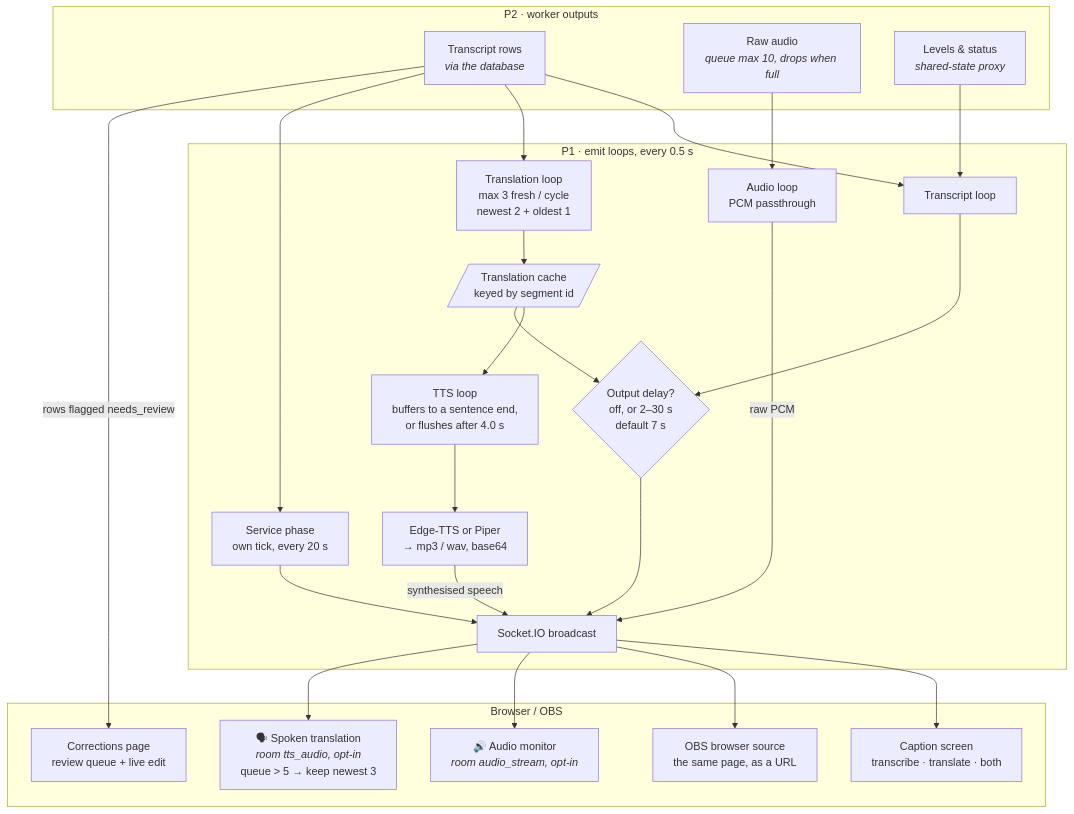
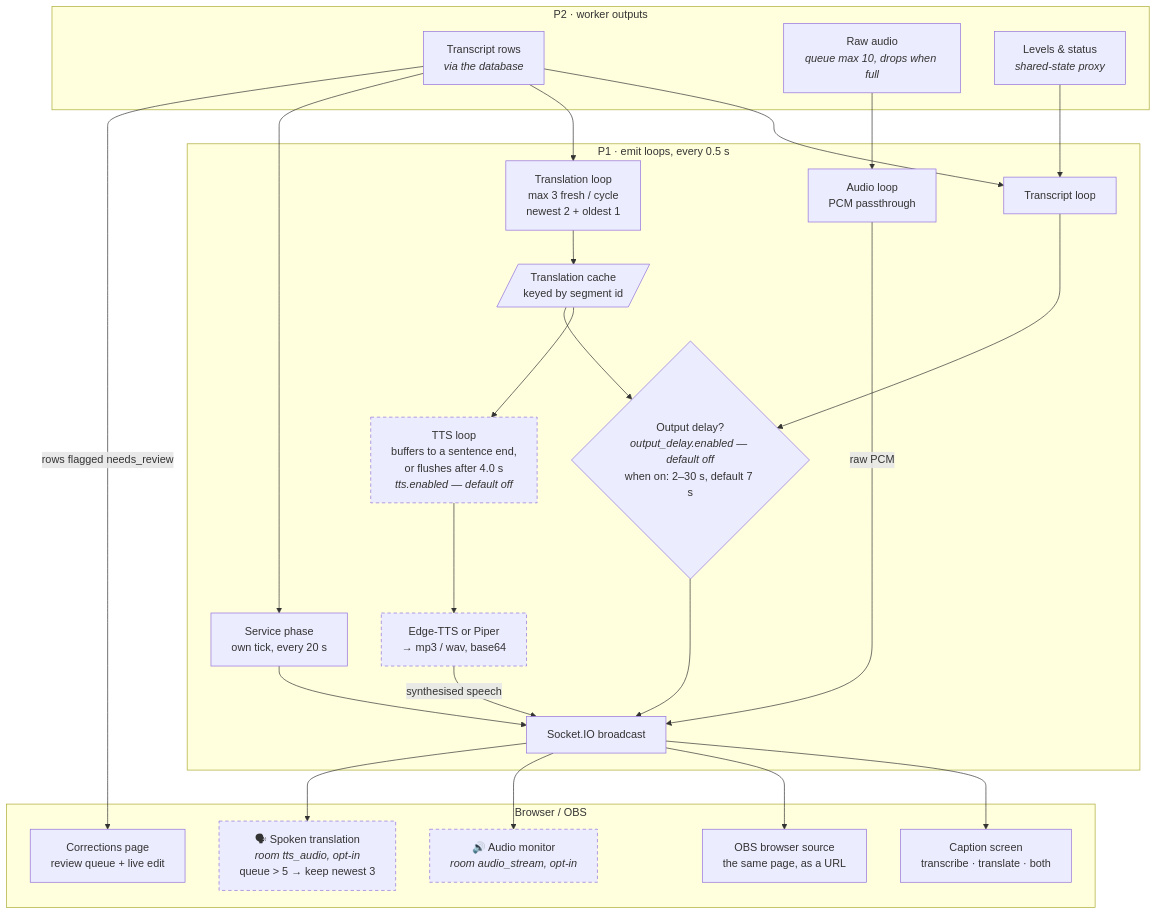
One commit to ChurchPresenter/STT changed the fifth of 11 diagrams in PIPELINE.md. Above: the diagram before and after it, drawn with Mermaid. The commit also changed other lines of this file, not shown here.

````diff
--- a/PIPELINE.md
+++ b/PIPELINE.md
@@ -196,48 +221,51 @@
 ```mermaid
 flowchart TD
     subgraph WORKER["P2 · worker outputs"]
         R1["Transcript rows<br/><i>via the database</i>"]
         R2["Raw audio<br/><i>queue max 10, drops when full</i>"]
         R3["Levels &amp; status<br/><i>shared-state proxy</i>"]
     end
 
     subgraph WEBP["P1 · emit loops, every 0.5 s"]
         L1["Transcript loop"]
         L2["Translation loop<br/>max 3 fresh / cycle<br/>newest 2 + oldest 1"]
         TC[/"Translation cache<br/>keyed by segment id"/]
-        L4["TTS loop<br/>buffers to a sentence end,<br/>or flushes after 4.0 s"]
+        L4["TTS loop<br/>buffers to a sentence end,<br/>or flushes after 4.0 s<br/><i>tts.enabled — default off</i>"]
         SYN["Edge-TTS or Piper<br/>→ mp3 / wav, base64"]
         L3["Audio loop<br/>PCM passthrough"]
         SP["Service phase<br/>own tick, every 20 s"]
-        DLY{"Output delay?<br/>off, or 2–30 s<br/>default 7 s"}
+        DLY{"Output delay?<br/><i>output_delay.enabled — default off</i><br/>when on: 2–30 s, default 7 s"}
         SIO["Socket.IO broadcast"]
     end
 
     subgraph CLIENT["Browser / OBS"]
         C1["Caption screen<br/>transcribe · translate · both"]
         C2["OBS browser source<br/>the same page, as a URL"]
         C3["🔊 Audio monitor<br/><i>room audio_stream, opt-in</i>"]
         C4["🗣 Spoken translation<br/><i>room tts_audio, opt-in</i><br/>queue &gt; 5 → keep newest 3"]
         C5["Corrections page<br/>review queue + live edit"]
     end
 
     R1 --> L1
     R1 --> L2
     R3 --> L1
     R1 --> SP
     L2 --> TC
     TC --> L4
     L4 --> SYN
     R2 --> L3
     L1 --> DLY
     TC --> DLY
     DLY --> SIO
     SP --> SIO
     L3 -->|raw PCM| SIO
     SYN -->|synthesised speech| SIO
     SIO --> C1
     SIO --> C2
     SIO --> C3
     SIO --> C4
     R1 -->|rows flagged needs_review| C5
+
+    classDef optin stroke-dasharray:5 4;
+    class L4,SYN,C4,C3 optin;
 ```
````
